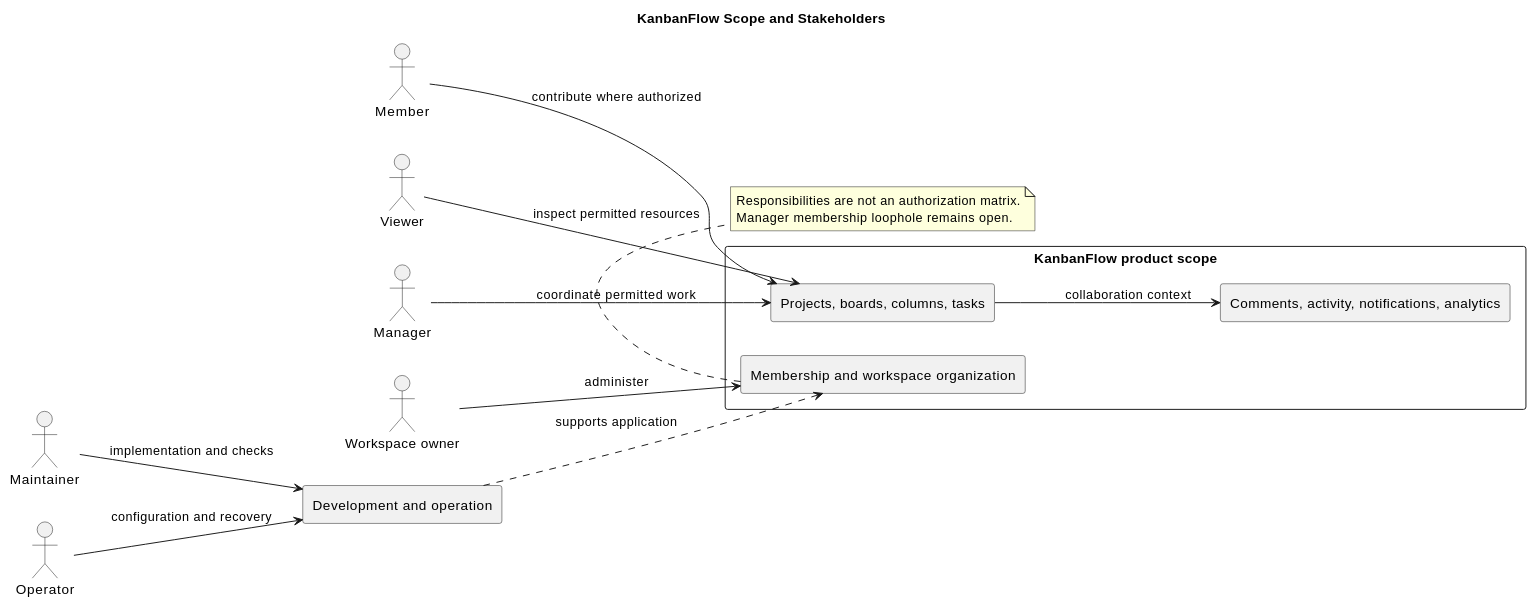
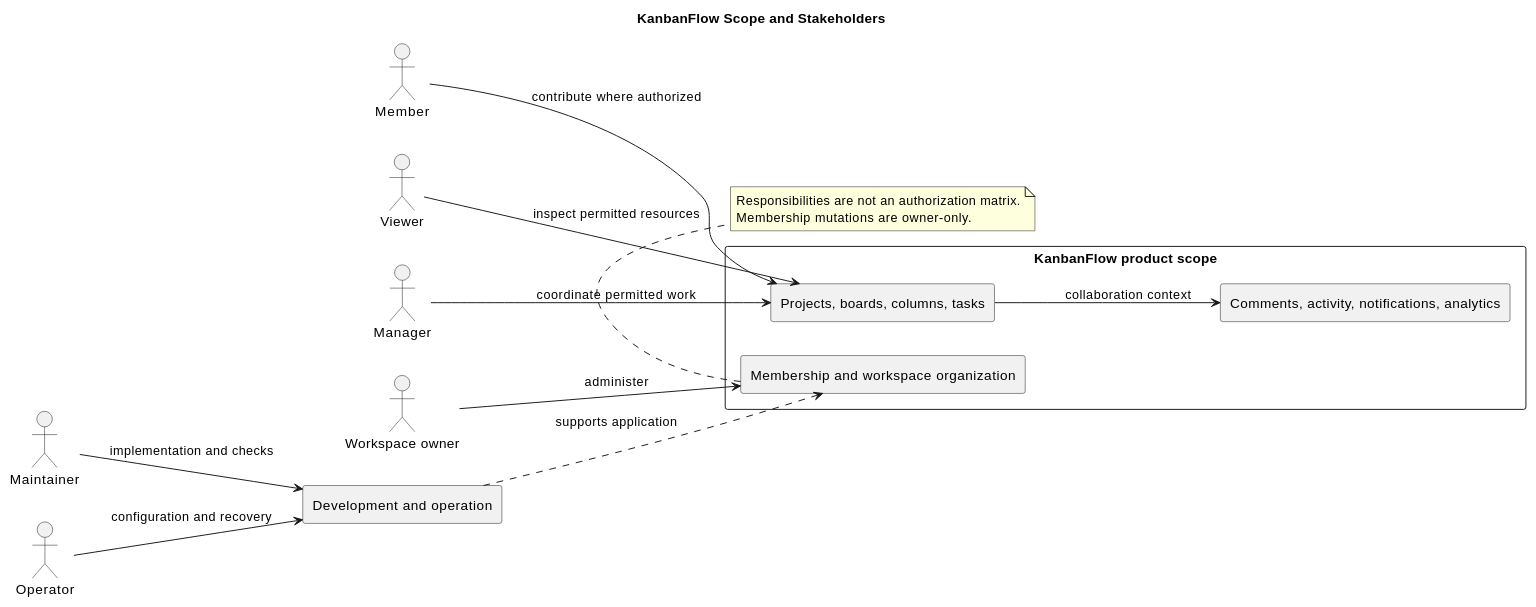
Before and after one commit to Farhad-Valizadegan/Web-KanbanFlow: the diagram in docs/Project-Definition/scope-and-stakeholders.md, drawn with PlantUML. The commit also changed other lines of this file and 127 other files, not shown here.

````diff
--- a/docs/Project-Definition/scope-and-stakeholders.md
+++ b/docs/Project-Definition/scope-and-stakeholders.md
@@ -114,30 +114,30 @@
 ```plantuml
 @startuml
 title KanbanFlow Scope and Stakeholders
 left to right direction
 actor "Workspace owner" as Owner
 actor Manager
 actor Member
 actor Viewer
 actor Maintainer
 actor Operator
 rectangle "KanbanFlow product scope" {
  rectangle "Membership and workspace organization" as W
  rectangle "Projects, boards, columns, tasks" as T
  rectangle "Comments, activity, notifications, analytics" as C
 }
 rectangle "Development and operation" as Ops
 Owner --> W : administer
 Manager --> T : coordinate permitted work
 Member --> T : contribute where authorized
 Viewer --> T : inspect permitted resources
 T --> C : collaboration context
 Maintainer --> Ops : implementation and checks
 Operator --> Ops : configuration and recovery
 Ops ..> W : supports application
 note bottom of W
 Responsibilities are not an authorization matrix.
-Manager membership loophole remains open.
+Membership mutations are owner-only.
 end note
 @enduml
 ```
````
